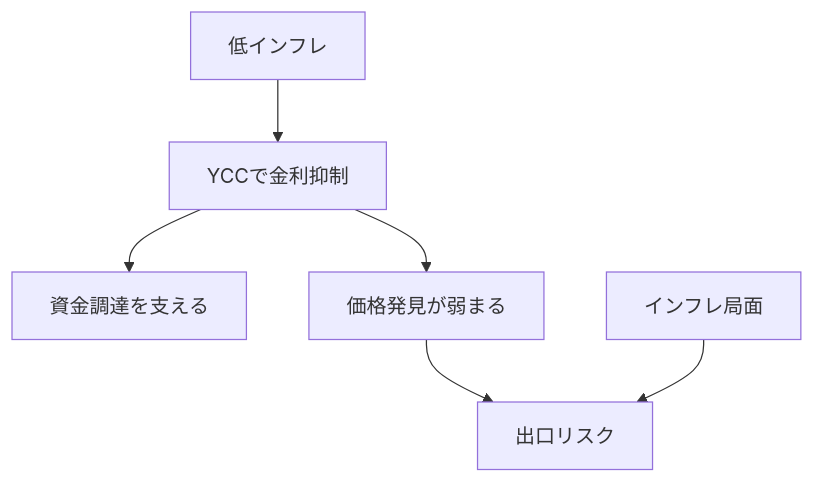
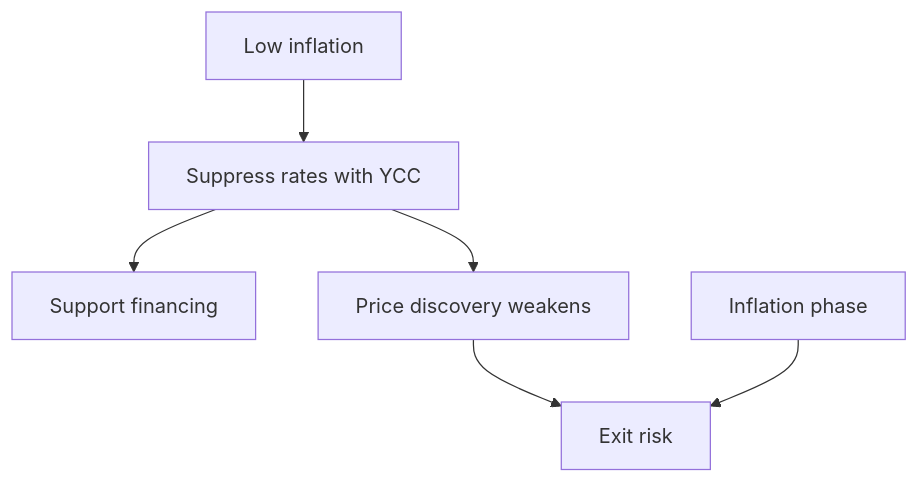
One commit to daylight55/research changed the second of 2 diagrams in content/blog/en/japan-interest-rate-policy.mdx. Above: the diagram before and after it, drawn with Mermaid. The commit also changed other lines of this file and 26 other files, not shown here.

Commit message:
Translate English Mermaid labels

````diff
--- a/content/blog/en/japan-interest-rate-policy.mdx
+++ b/content/blog/en/japan-interest-rate-policy.mdx
@@ -89,8 +89,8 @@
 ```mermaid
 flowchart TD
-  A["低インフレ"] --> B["YCCで金利抑制"]
-  B --> C["資金調達を支える"]
-  B --> D["価格発見が弱まる"]
-  D --> E["出口リスク"]
-  F["インフレ局面"] --> E
+  A["Low inflation"] --> B["Suppress rates with YCC"]
+  B --> C["Support financing"]
+  B --> D["Price discovery weakens"]
+  D --> E["Exit risk"]
+  F["Inflation phase"] --> E
 ```
````
